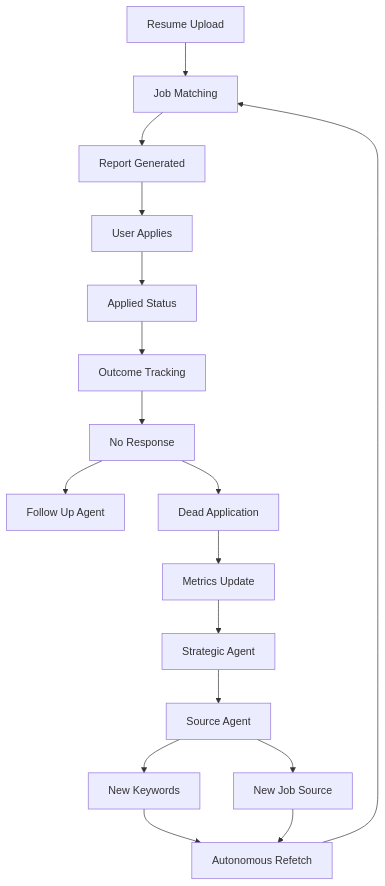
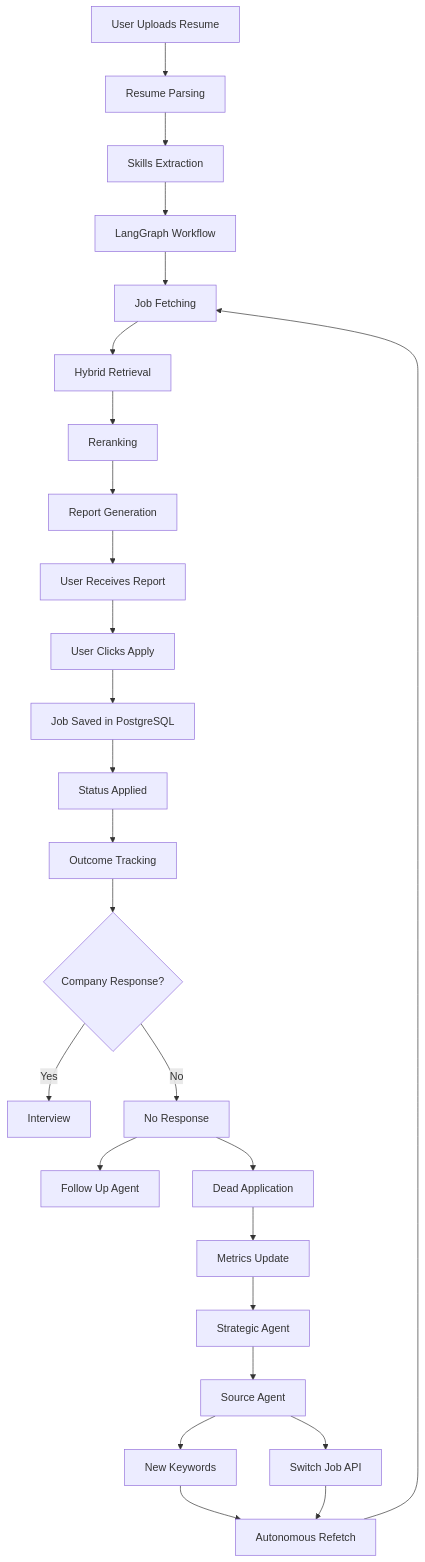
The diagram in doc/WORKFLOWS.md (umerfayaz/AI-Job-Career-Operating-system), drawn with Mermaid before and after one commit. The commit also changed other lines of this file, not shown here.

````diff
--- a/doc/WORKFLOWS.md
+++ b/doc/WORKFLOWS.md
@@ -33,37 +33,55 @@
 ```mermaid
 flowchart TD
 
-A[Resume Upload]
+A[User Uploads Resume]
 
-A --> B[Job Matching]
+A --> B[Resume Parsing]
 
-B --> C[Report Generated]
+B --> C[Skills Extraction]
 
-C --> D[User Applies]
+C --> D[LangGraph Workflow]
 
-D --> E[Applied Status]
+D --> E[Job Fetching]
 
-E --> F[Outcome Tracking]
+E --> F[Hybrid Retrieval]
 
-F --> G[No Response]
+F --> G[Reranking]
 
-G --> H[Follow Up Agent]
+G --> H[Report Generation]
 
-G --> I[Dead Application]
+H --> I[User Receives Report]
 
-I --> J[Metrics Update]
+I --> J[User Clicks Apply]
 
-J --> K[Strategic Agent]
+J --> K[Job Saved in PostgreSQL]
 
-K --> L[Source Agent]
+K --> L[Status Applied]
 
-L --> M[New Keywords]
+L --> M[Outcome Tracking]
 
-L --> N[New Job Source]
+M --> N{Company Response?}
 
-M --> O[Autonomous Refetch]
+N -->|Yes| O[Interview]
 
-N --> O
+N -->|No| P[No Response]
 
-O --> B
+P --> Q[Follow Up Agent]
+
+P --> R[Dead Application]
+
+R --> S[Metrics Update]
+
+S --> T[Strategic Agent]
+
+T --> U[Source Agent]
+
+U --> V[New Keywords]
+
+U --> W[Switch Job API]
+
+V --> X[Autonomous Refetch]
+
+W --> X
+
+X --> E
 ```
````
